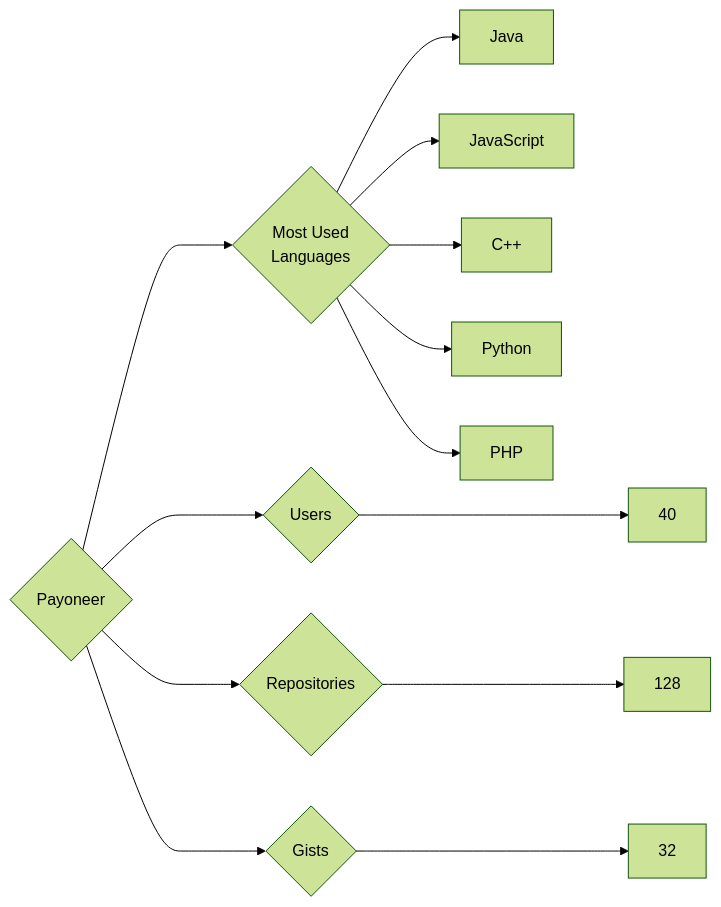
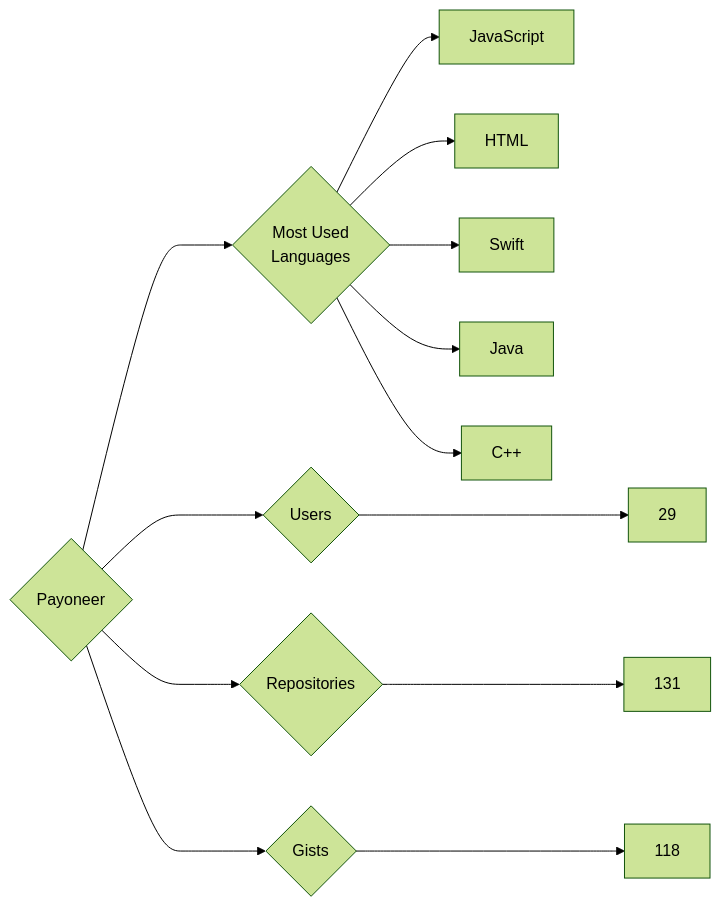
One commit to trickest/insiders changed the diagram in targets/Payoneer/README.md. Above: the diagram before and after it, drawn with Mermaid (forest theme). The commit also changed 878 other files, not shown here.

````diff
--- a/targets/Payoneer/README.md
+++ b/targets/Payoneer/README.md
@@ -3,13 +3,13 @@
 ```mermaid
 graph LR
 COMPANY_NAME{Payoneer}
-COMPANY_NAME ---> U{Users} ---> UN[40]
-COMPANY_NAME ---> R{Repositories} ---> RN[128]
-COMPANY_NAME ---> G{Gists} ---> GN[32]
+COMPANY_NAME ---> U{Users} ---> UN[29]
+COMPANY_NAME ---> R{Repositories} ---> RN[131]
+COMPANY_NAME ---> G{Gists} ---> GN[118]
 COMPANY_NAME ---> ML{Most Used<br>Languages}
+ML --> JavaScript[JavaScript]
+ML --> HTML[HTML]
+ML --> Swift[Swift]
 ML --> Java[Java]
-ML --> JavaScript[JavaScript]
 ML --> C++[C++]
-ML --> Python[Python]
-ML --> PHP[PHP]
 ```
````
